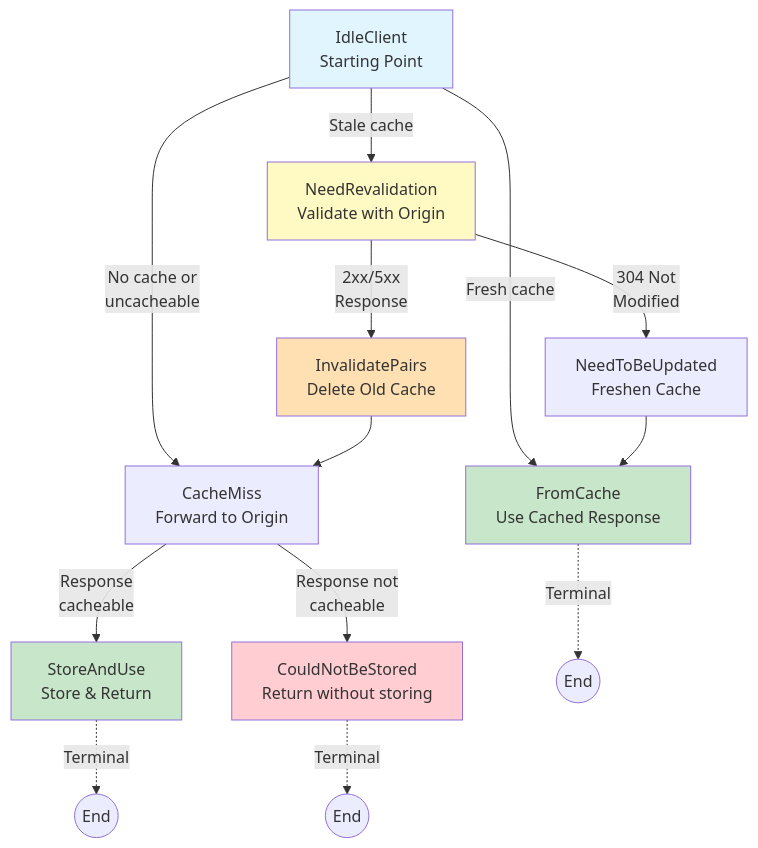
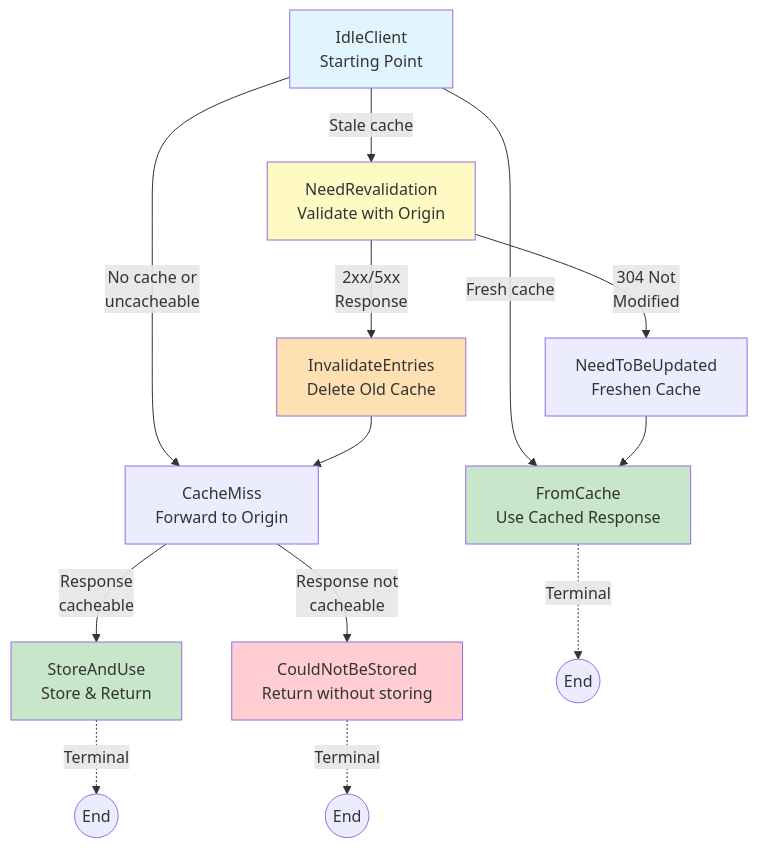
One commit to karpetrosyan/hishel changed the diagram in docs/specification.md. Above: the diagram before and after it, drawn with Mermaid. The commit also changed other lines of this file and 29 other files, not shown here.

Commit message:
refactor: replace pairs with entries, simplify storage API

````diff
--- a/docs/specification.md
+++ b/docs/specification.md
@@ -63,26 +63,26 @@
 ```mermaid
 graph TB
   IdleClient[IdleClient<br/>Starting Point] -->|No cache or<br/>uncacheable| CacheMiss[CacheMiss<br/>Forward to Origin]
   IdleClient -->|Fresh cache| FromCache[FromCache<br/>Use Cached Response]
   IdleClient -->|Stale cache| NeedRevalidation[NeedRevalidation<br/>Validate with Origin]
 
   CacheMiss -->|Response<br/>cacheable| StoreAndUse[StoreAndUse<br/>Store & Return]
   CacheMiss -->|Response not<br/>cacheable| CouldNotBeStored[CouldNotBeStored<br/>Return without storing]
 
   NeedRevalidation -->|304 Not<br/>Modified| NeedToBeUpdated[NeedToBeUpdated<br/>Freshen Cache]
-  NeedRevalidation -->|2xx/5xx<br/>Response| InvalidatePairs[InvalidatePairs<br/>Delete Old Cache]
+  NeedRevalidation -->|2xx/5xx<br/>Response| InvalidateEntries[InvalidateEntries<br/>Delete Old Cache]
   
-  InvalidatePairs --> CacheMiss
+  InvalidateEntries --> CacheMiss
   NeedToBeUpdated --> FromCache
 
   FromCache -.->|Terminal| End1((End))
   StoreAndUse -.->|Terminal| End2((End))
   CouldNotBeStored -.->|Terminal| End3((End))
 
   style IdleClient fill:#e1f5ff
   style FromCache fill:#c8e6c9
   style StoreAndUse fill:#c8e6c9
   style CouldNotBeStored fill:#ffcdd2
   style NeedRevalidation fill:#fff9c4
-  style InvalidatePairs fill:#ffe0b2
+  style InvalidateEntries fill:#ffe0b2
 ```
````
